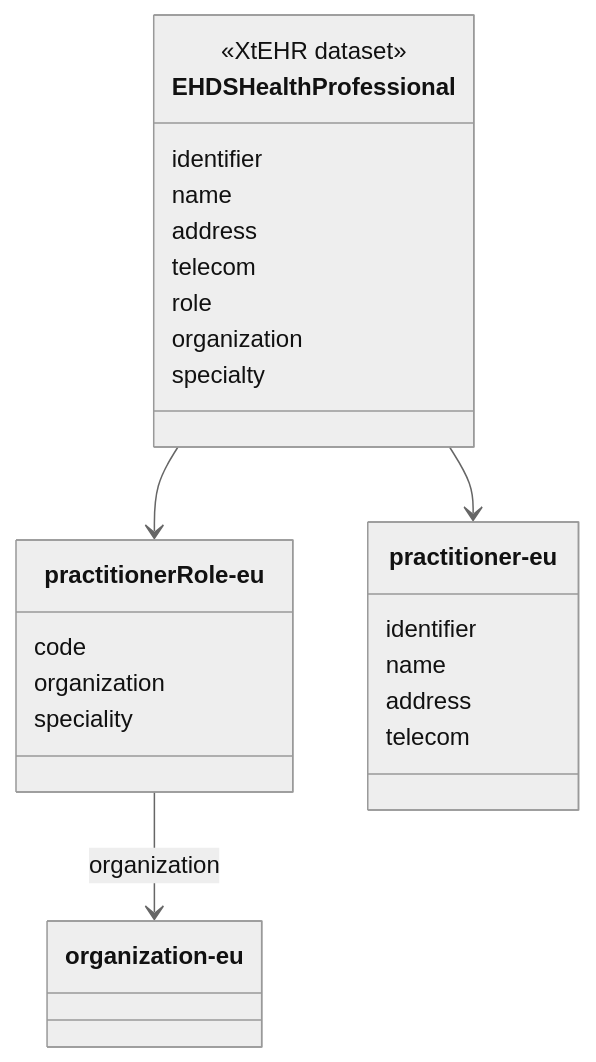
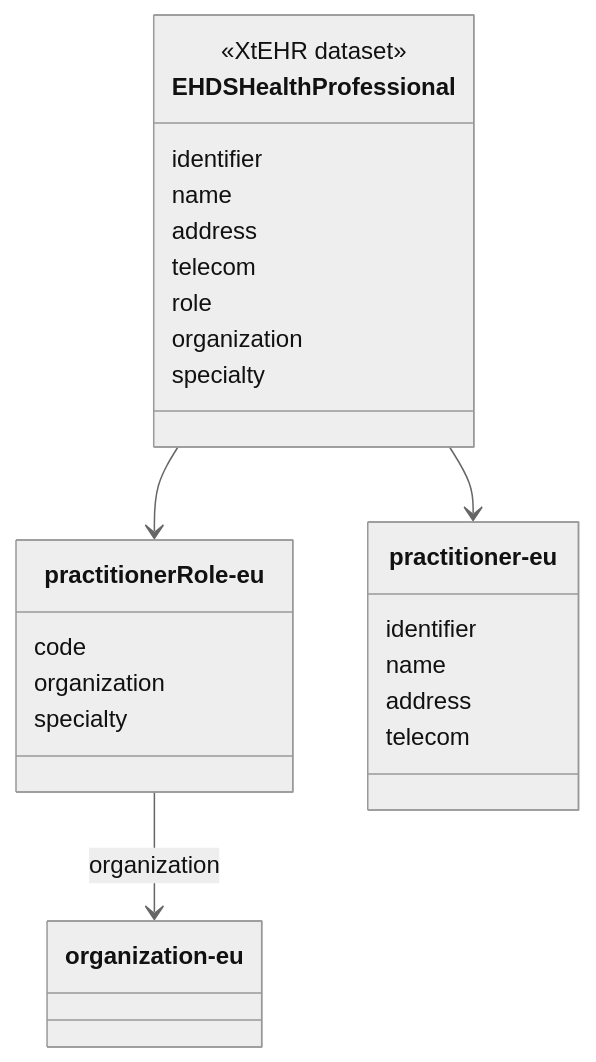
The diagram in input/intro-notes/ConceptMap-EHDSHealthProfessionalMap-intro.md (oijauregui/ehdsimaging), drawn with Mermaid (neutral theme) before and after one commit. The commit also changed 22 other files, not shown here.

````diff
--- a/input/intro-notes/ConceptMap-EHDSHealthProfessionalMap-intro.md
+++ b/input/intro-notes/ConceptMap-EHDSHealthProfessionalMap-intro.md
@@ -5,29 +5,29 @@
 ```mermaid
 classDiagram
 class EHDSHealthProfessional {
   <<XtEHR dataset>>
   identifier
   name
   address
   telecom
   role
   organization
   specialty
 }
 class practitionerRole-eu{
   code
   organization
-  speciality
+  specialty
 }
 
 class practitioner-eu{
   identifier
   name
   address
   telecom
 }
 
 EHDSHealthProfessional --> practitionerRole-eu
 practitionerRole-eu --> organization-eu : organization
 EHDSHealthProfessional --> practitioner-eu
 ```
````
